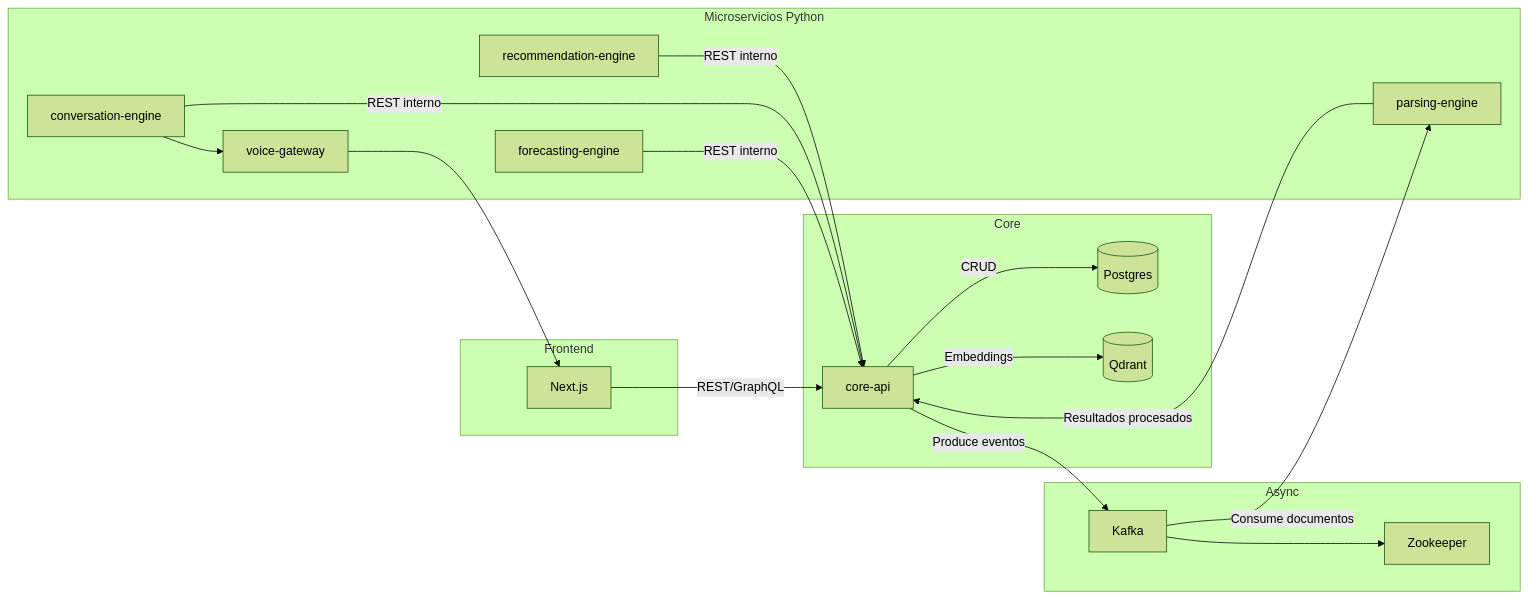
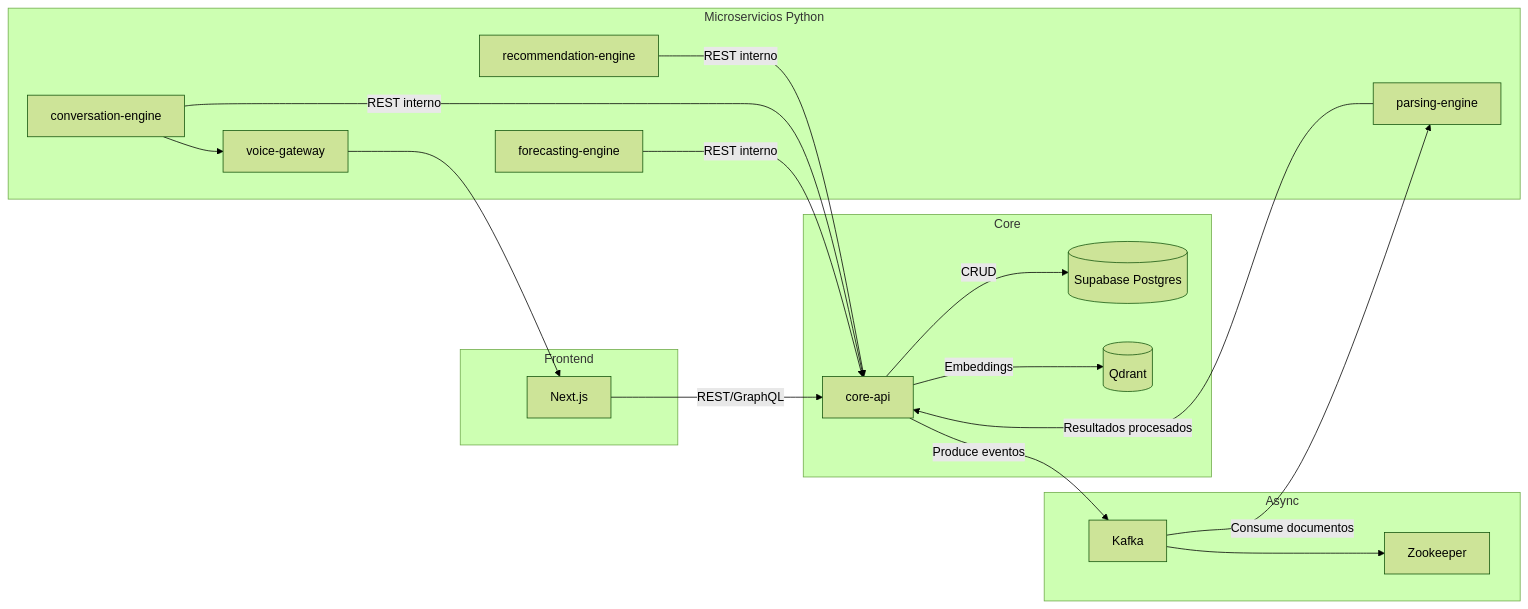
Before and after one commit to VulpesAI/Prueba_salomon: the diagram in SalomonAI_Organizado/docs/architecture/docker-compose-overview.md, drawn with Mermaid (forest theme). The commit also changed other lines of this file and 5 other files, not shown here.

Commit message:
Remove local Postgres container and document Supabase usage

````diff
--- a/SalomonAI_Organizado/docs/architecture/docker-compose-overview.md
+++ b/SalomonAI_Organizado/docs/architecture/docker-compose-overview.md
@@ -81,38 +79,38 @@
 ```mermaid
 graph LR
     subgraph Frontend
         FE[Next.js]
     end
 
     subgraph Core
         API[core-api]
-        PG[(Postgres)]
+        SB[(Supabase Postgres)]
         QD[(Qdrant)]
     end
 
     subgraph Async
         K[Kafka]
         ZK[Zookeeper]
     end
 
     subgraph Microservicios Python
         PE[parsing-engine]
         RE[recommendation-engine]
         CE[conversation-engine]
         FEc[forecasting-engine]
         VG[voice-gateway]
     end
 
     FE -->|REST/GraphQL| API
-    API -->|CRUD| PG
+    API -->|CRUD| SB
     API -->|Embeddings| QD
     API -->|Produce eventos| K
     K -->|Consume documentos| PE
     PE -->|Resultados procesados| API
     RE -->|REST interno| API
     CE -->|REST interno| API
     CE --> VG
     VG --> FE
     FEc -->|REST interno| API
     K --> ZK
 ```
````
